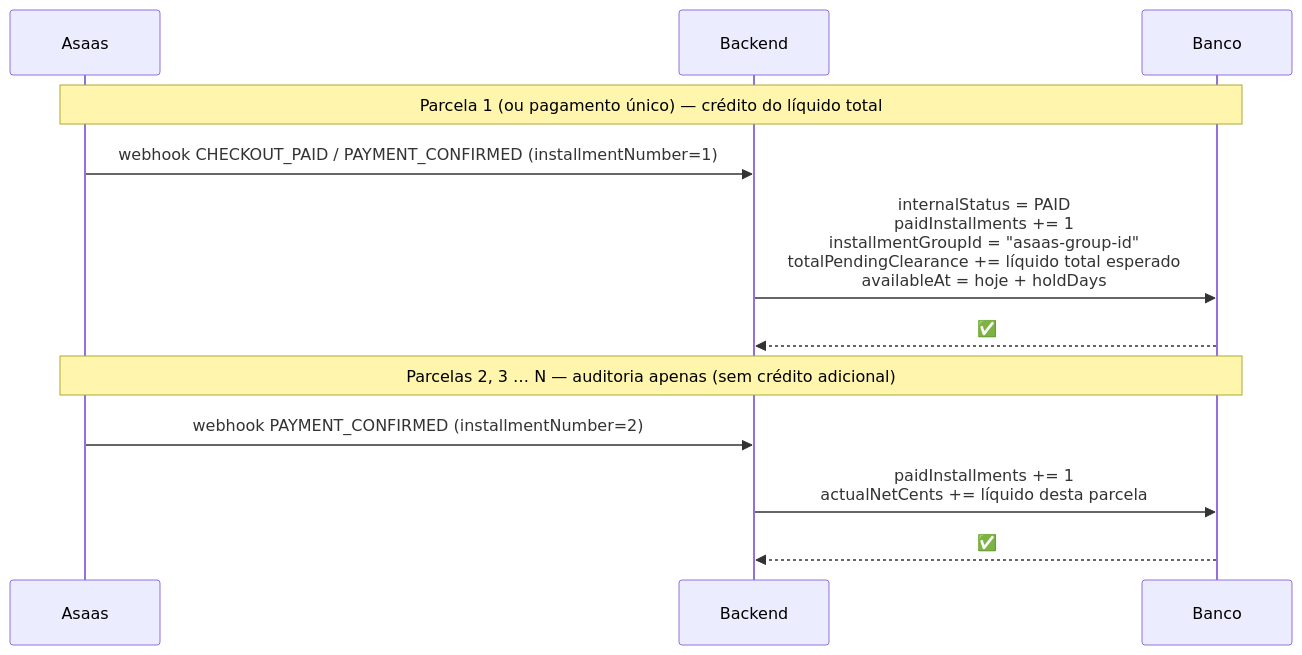
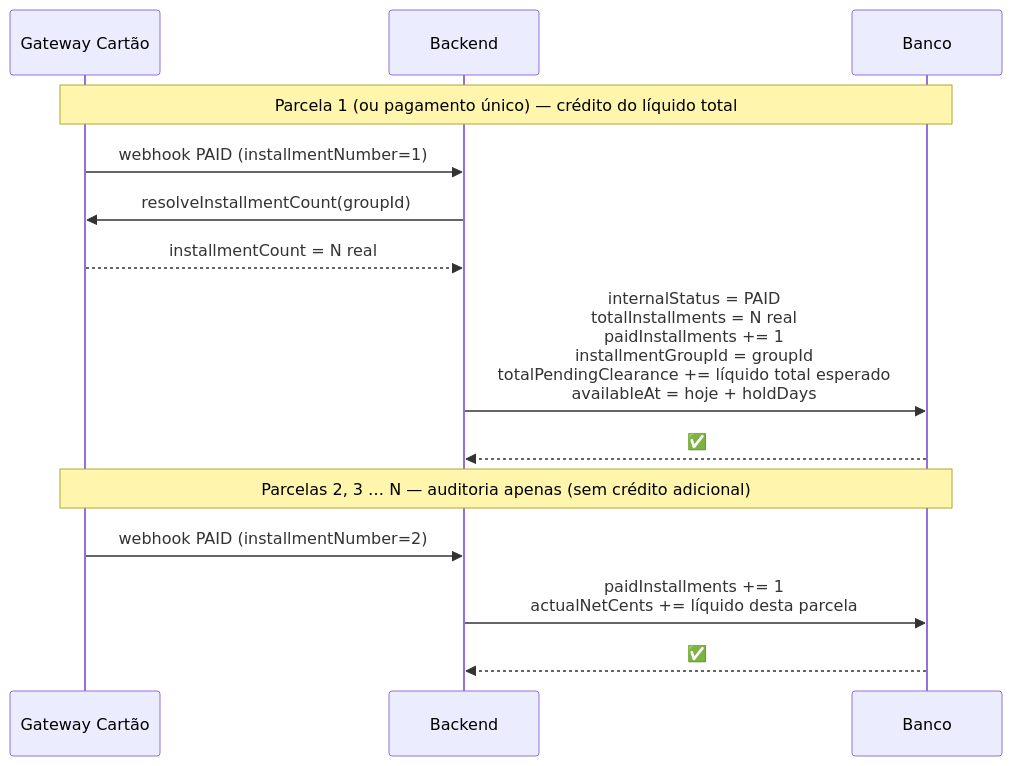
The sixth of 6 diagrams in sistema/fluxo-pagamento.mdx (israelvcb/passogiro-mintlify-docs), drawn with Mermaid before and after one commit. The commit also changed other lines of this file and 7 other files, not shown here.

````diff
--- a/sistema/fluxo-pagamento.mdx
+++ b/sistema/fluxo-pagamento.mdx
@@ -273,16 +273,18 @@
 ```mermaid
 sequenceDiagram
-  participant Asaas
+  participant GW as Gateway Cartão
   participant BE as Backend
   participant DB as Banco
 
-  Note over Asaas,DB: Parcela 1 (ou pagamento único) — crédito do líquido total
-  Asaas->>BE: webhook CHECKOUT_PAID / PAYMENT_CONFIRMED (installmentNumber=1)
-  BE->>DB: internalStatus = PAID<br/>paidInstallments += 1<br/>installmentGroupId = "asaas-group-id"<br/>totalPendingClearance += líquido total esperado<br/>availableAt = hoje + holdDays
+  Note over GW,DB: Parcela 1 (ou pagamento único) — crédito do líquido total
+  GW->>BE: webhook PAID (installmentNumber=1)
+  BE->>GW: resolveInstallmentCount(groupId)
+  GW-->>BE: installmentCount = N real
+  BE->>DB: internalStatus = PAID<br/>totalInstallments = N real<br/>paidInstallments += 1<br/>installmentGroupId = groupId<br/>totalPendingClearance += líquido total esperado<br/>availableAt = hoje + holdDays
   DB-->>BE: ✅
 
-  Note over Asaas,DB: Parcelas 2, 3 … N — auditoria apenas (sem crédito adicional)
-  Asaas->>BE: webhook PAYMENT_CONFIRMED (installmentNumber=2)
+  Note over GW,DB: Parcelas 2, 3 … N — auditoria apenas (sem crédito adicional)
+  GW->>BE: webhook PAID (installmentNumber=2)
   BE->>DB: paidInstallments += 1<br/>actualNetCents += líquido desta parcela
   DB-->>BE: ✅
 ```
````
